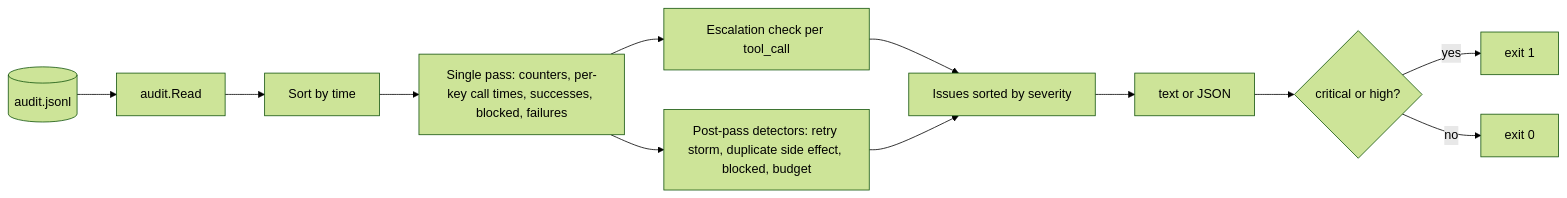
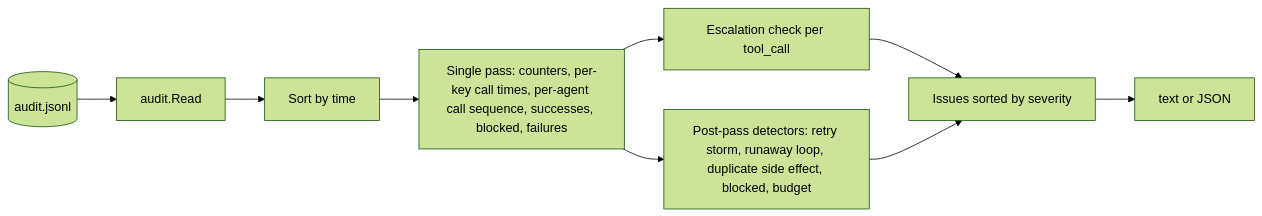
Before and after one commit to attckus/attckus: the diagram in docs/design/analyze.md, drawn with Mermaid (forest theme). The commit also changed other lines of this file and 53 other files, not shown here.

````diff
--- a/docs/design/analyze.md
+++ b/docs/design/analyze.md
@@ -15,14 +15,11 @@
 ```mermaid
 flowchart LR
   log[(audit.jsonl)] --> read[audit.Read]
   read --> sort[Sort by time]
-  sort --> pass["Single pass: counters, per-key call times, successes, blocked, failures"]
+  sort --> pass["Single pass: counters, per-key call times, per-agent call sequence, successes, blocked, failures"]
   pass --> esc[Escalation check per tool_call]
-  pass --> post["Post-pass detectors: retry storm, duplicate side effect, blocked, budget"]
+  pass --> post["Post-pass detectors: retry storm, runaway loop, duplicate side effect, blocked, budget"]
   esc --> issues
   post --> issues[Issues sorted by severity]
   issues --> out[text or JSON]
-  out --> code{critical or high?}
-  code -- yes --> e1[exit 1]
-  code -- no --> e0[exit 0]
 ```
````
